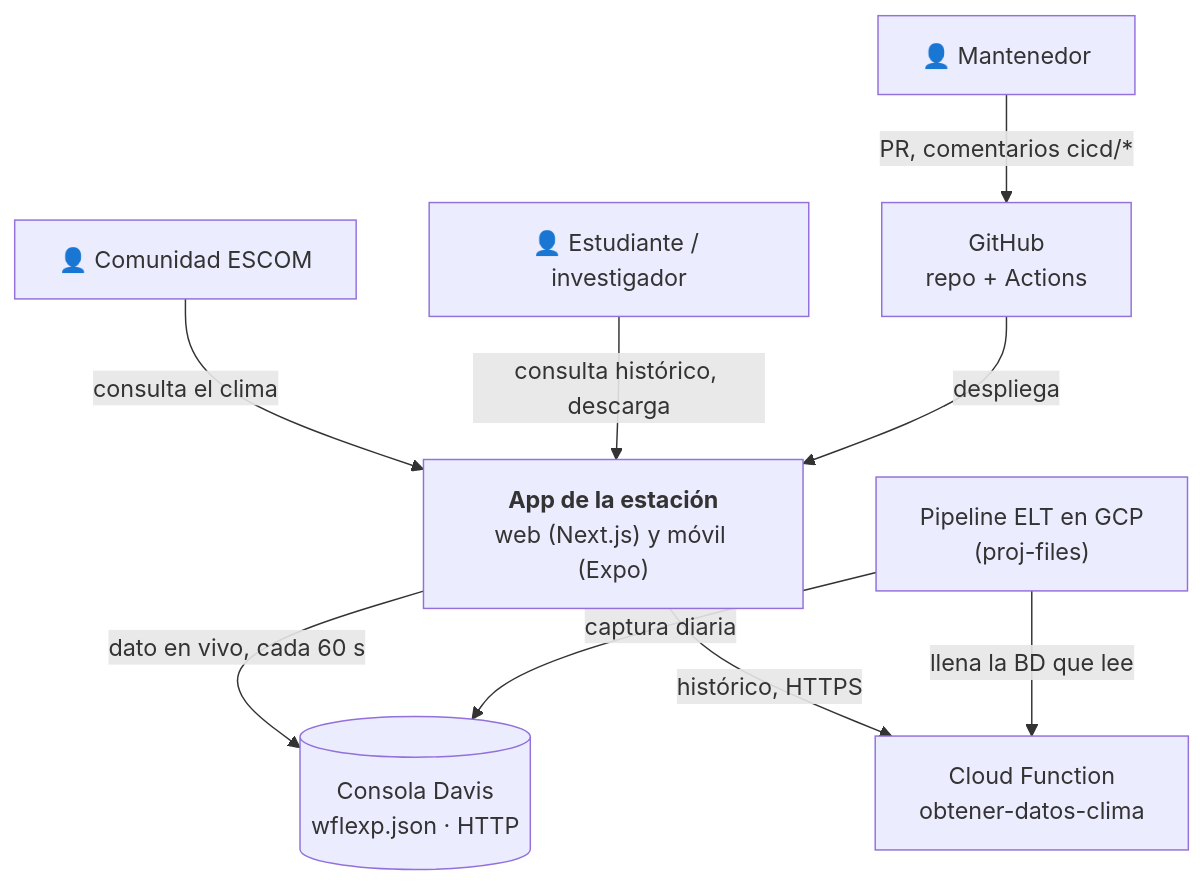
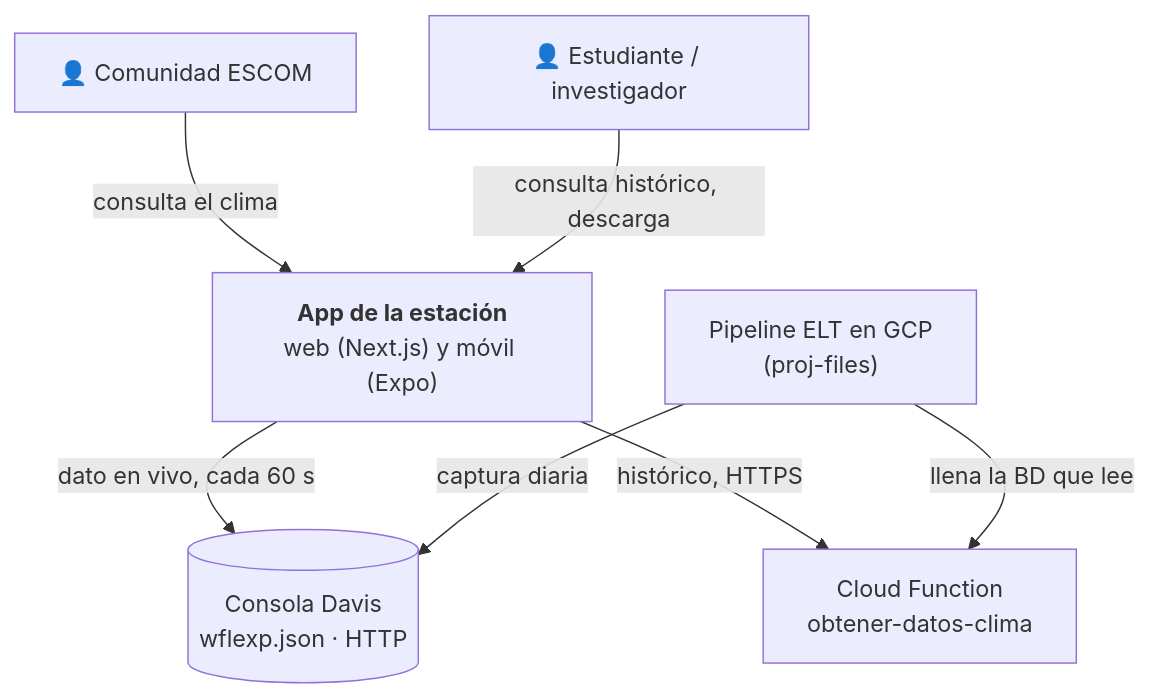
One commit to Samu31Nd/weather_app changed the first of 3 diagrams in docs/03-arquitectura.md. Above: the diagram before and after it, drawn with Mermaid. The commit also changed other lines of this file and 9 other files, not shown here.

````diff
--- a/docs/03-arquitectura.md
+++ b/docs/03-arquitectura.md
@@ -8,22 +8,18 @@
 ```mermaid
 flowchart TB
   comunidad["👤 Comunidad ESCOM"]
   investigador["👤 Estudiante / investigador"]
-  mantenedor["👤 Mantenedor"]
 
   app["<b>App de la estación</b><br/>web (Next.js) y móvil (Expo)"]
 
   consola[("Consola Davis<br/>wflexp.json · HTTP")]
   fn["Cloud Function<br/>obtener-datos-clima"]
   pipeline["Pipeline ELT en GCP<br/>(proj-files)"]
-  github["GitHub<br/>repo + Actions"]
 
   comunidad -->|consulta el clima| app
   investigador -->|consulta histórico, descarga| app
-  mantenedor -->|PR, comentarios cicd/*| github
-  github -->|despliega| app
   app -->|dato en vivo, cada 60 s| consola
   app -->|histórico, HTTPS| fn
   pipeline -->|llena la BD que lee| fn
   pipeline -->|captura diaria| consola
 ```
````
